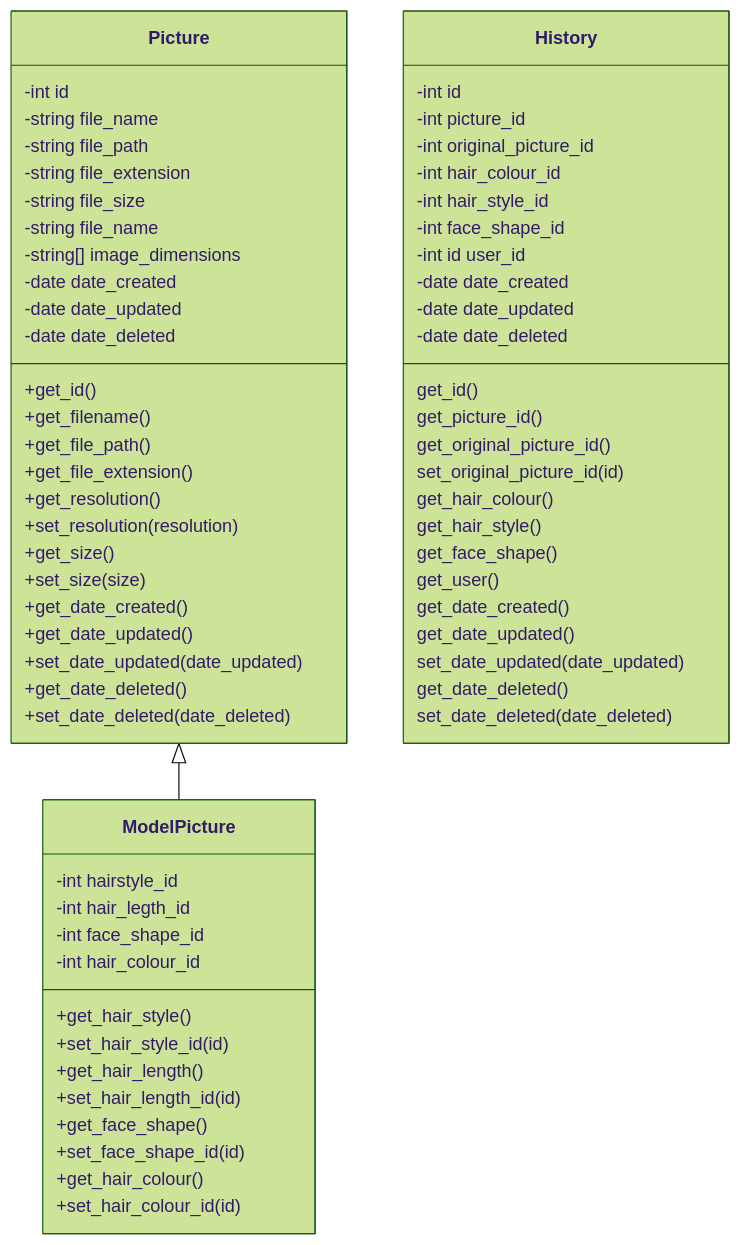
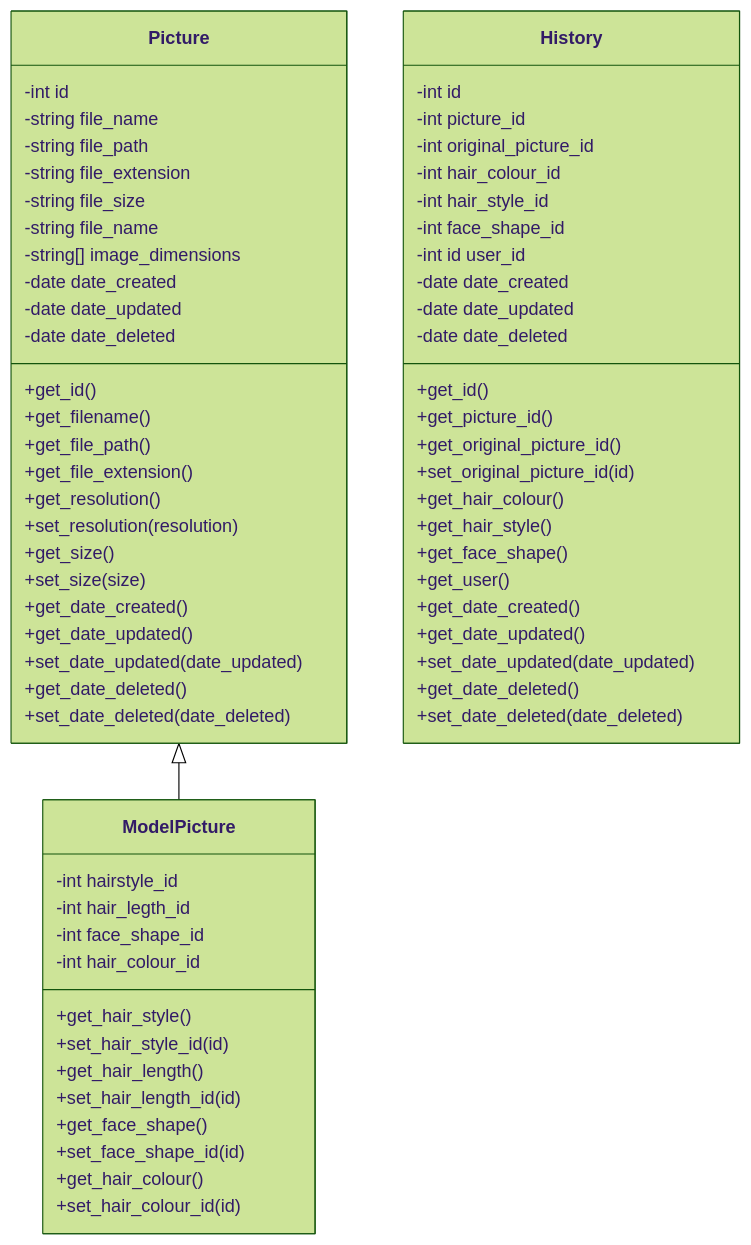
One commit to HairdressingProject/styleme changed the first of 3 diagrams in Backend/PicturesAPI/design.md. Above: the diagram before and after it, drawn with Mermaid (forest theme).

Commit message:
added class diagram design to /PicturesAPI/design.md

````diff
--- a/Backend/PicturesAPI/design.md
+++ b/Backend/PicturesAPI/design.md
@@ -7,76 +7,76 @@
 ```mermaid
 classDiagram
       Picture <|-- ModelPicture
 
     class Picture{
           -int id
           -string file_name
           -string file_path
           -string file_extension
           -string file_size
           -string file_name
           -string[] image_dimensions
           -date date_created
           -date date_updated
           -date date_deleted
           +get_id()
           +get_filename()
           +get_file_path()
           +get_file_extension()
           +get_resolution()
           +set_resolution(resolution)
           +get_size()
           +set_size(size)
           +get_date_created()
           +get_date_updated()
           +set_date_updated(date_updated)
           +get_date_deleted()
           +set_date_deleted(date_deleted)
       }
       
       class ModelPicture{
           -int hairstyle_id
           -int hair_legth_id
           -int face_shape_id
           -int hair_colour_id
           +get_hair_style()
           +set_hair_style_id(id)
           +get_hair_length()
           +set_hair_length_id(id)
           +get_face_shape()
           +set_face_shape_id(id)
           +get_hair_colour()
           +set_hair_colour_id(id)
           
       }
       
       class History{
           -int id
           -int picture_id
           -int original_picture_id
           -int hair_colour_id
           -int hair_style_id
           -int face_shape_id
           -int id user_id
           -date date_created
           -date date_updated
           -date date_deleted
-          get_id()
-          get_picture_id()
-          get_original_picture_id()
-          set_original_picture_id(id)
-          get_hair_colour()
-          get_hair_style()
-          get_face_shape()
-          get_user()
-          get_date_created()
-          get_date_updated()
-          set_date_updated(date_updated)
-          get_date_deleted()
-          set_date_deleted(date_deleted)
+          +get_id()
+          +get_picture_id()
+          +get_original_picture_id()
+          +set_original_picture_id(id)
+          +get_hair_colour()
+          +get_hair_style()
+          +get_face_shape()
+          +get_user()
+          +get_date_created()
+          +get_date_updated()
+          +set_date_updated(date_updated)
+          +get_date_deleted()
+          +set_date_deleted(date_deleted)
           
       }
       
 
 
 ```
````
